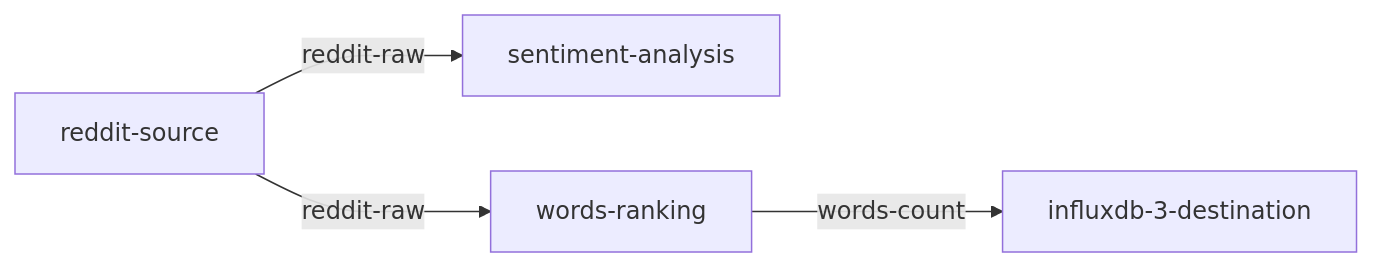
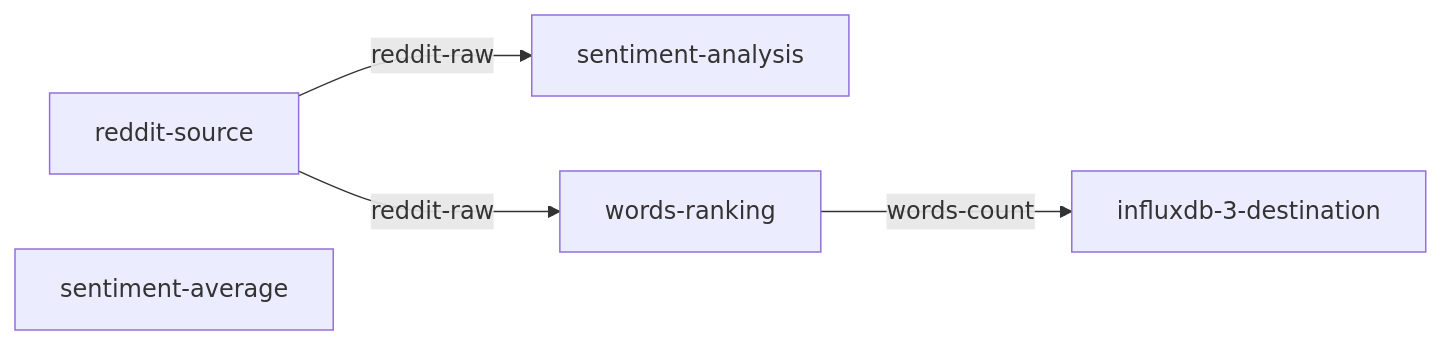
One commit to tomas-quix/reddit-analysis changed the diagram in pipeline.md. Above: the diagram before and after it, drawn with Mermaid. The commit also changed 2 other files, not shown here.

Commit message:
Sentiment average

````diff
--- a/pipeline.md
+++ b/pipeline.md
@@ -1,8 +1,9 @@
 ```mermaid
 %%{ init: { 'flowchart': { 'curve': 'monotoneX' } } }%%
 graph LR;
 reddit-source[reddit-source] -->|reddit-raw|sentiment-analysis[sentiment-analysis];
 reddit-source[reddit-source] -->|reddit-raw|words-ranking[words-ranking];
 words-ranking[words-ranking] -->|words-count|influxdb-3-destination[influxdb-3-destination];
+sentiment-average[sentiment-average]
 
 ```
````
